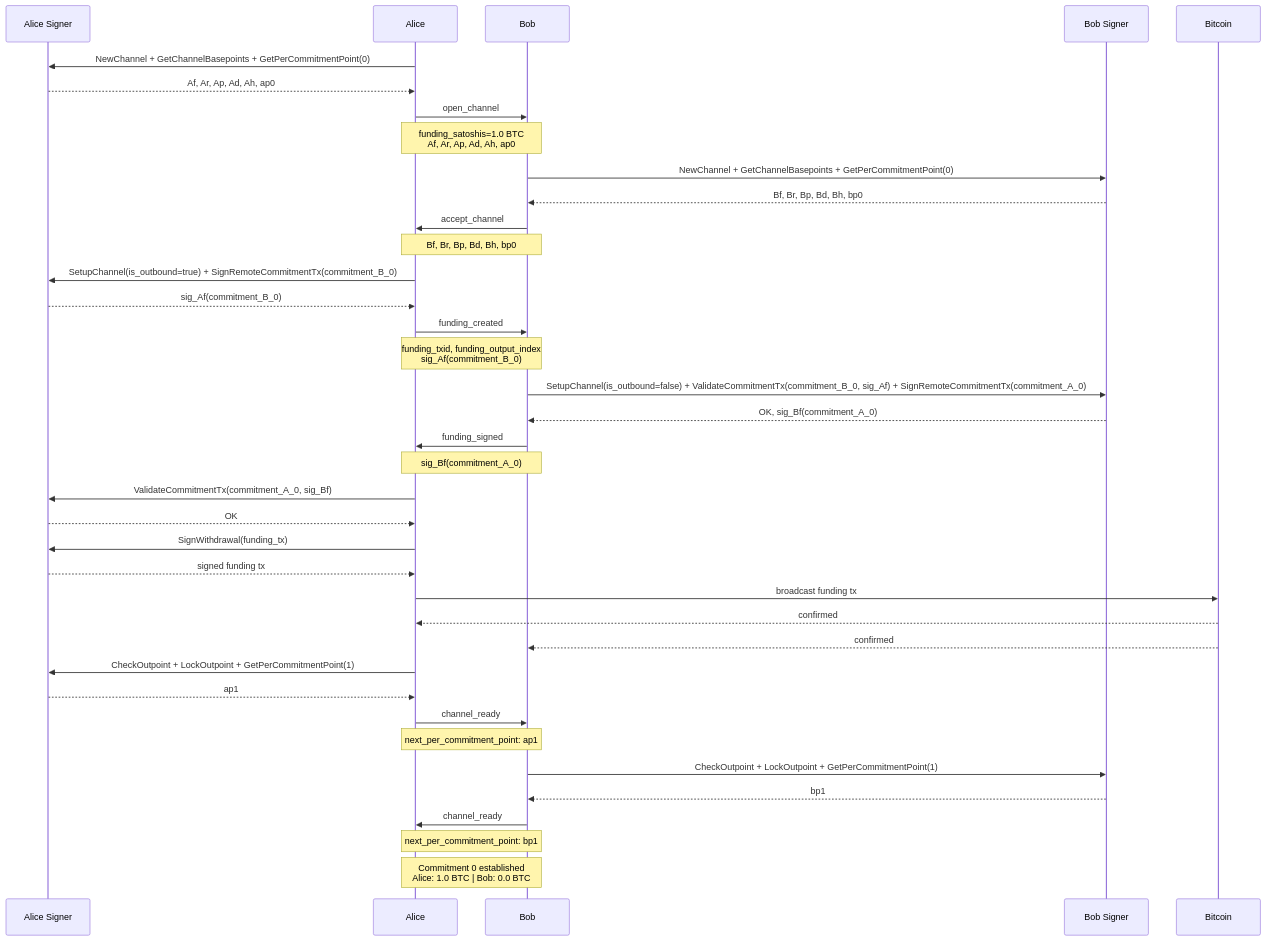
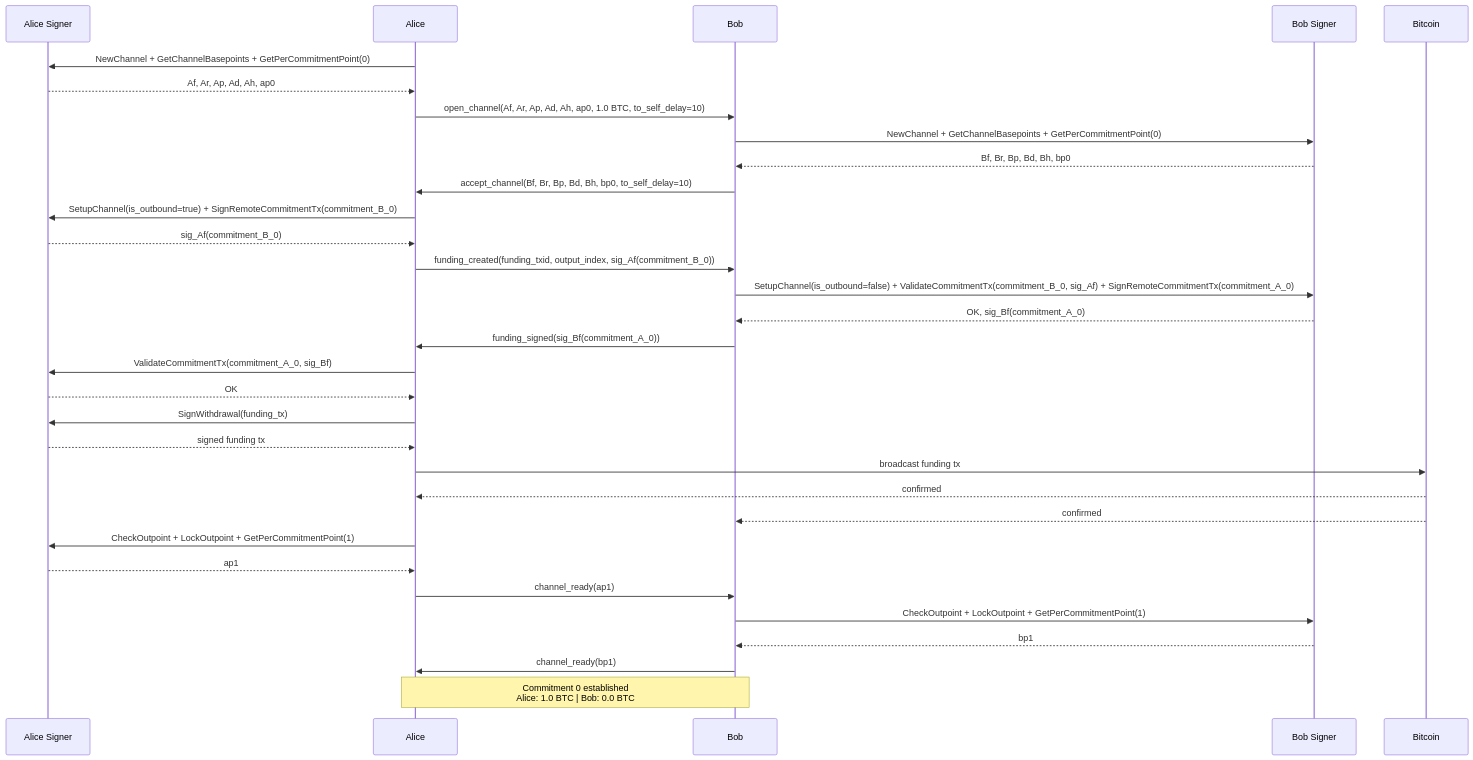
The first of 4 diagrams in future/01-alice-pays-bob.md (dukeh3/vls-arch), drawn with Mermaid before and after one commit. The commit also changed other lines of this file and 4 other files, not shown here.

First line of the commit message:
Add challenges doc, inline params in all diagrams, expand redundancy analysis

````diff
--- a/future/01-alice-pays-bob.md
+++ b/future/01-alice-pays-bob.md
@@ -13,57 +13,51 @@
 ```mermaid
 sequenceDiagram
     participant SignerA as Alice Signer
     participant Alice
     participant Bob
     participant SignerB as Bob Signer
     participant Bitcoin
 
     Alice->>SignerA: NewChannel + GetChannelBasepoints + GetPerCommitmentPoint(0)
     SignerA-->>Alice: Af, Ar, Ap, Ad, Ah, ap0
 
-    Alice->>Bob: open_channel
-    Note over Alice, Bob: funding_satoshis=1.0 BTC<br/>Af, Ar, Ap, Ad, Ah, ap0
+    Alice->>Bob: open_channel(Af, Ar, Ap, Ad, Ah, ap0, 1.0 BTC, to_self_delay=10)
 
     Bob->>SignerB: NewChannel + GetChannelBasepoints + GetPerCommitmentPoint(0)
     SignerB-->>Bob: Bf, Br, Bp, Bd, Bh, bp0
 
-    Bob->>Alice: accept_channel
-    Note over Alice, Bob: Bf, Br, Bp, Bd, Bh, bp0
+    Bob->>Alice: accept_channel(Bf, Br, Bp, Bd, Bh, bp0, to_self_delay=10)
 
     Alice->>SignerA: SetupChannel(is_outbound=true) + SignRemoteCommitmentTx(commitment_B_0)
     SignerA-->>Alice: sig_Af(commitment_B_0)
 
-    Alice->>Bob: funding_created
-    Note over Alice, Bob: funding_txid, funding_output_index<br/>sig_Af(commitment_B_0)
+    Alice->>Bob: funding_created(funding_txid, output_index, sig_Af(commitment_B_0))
 
     Bob->>SignerB: SetupChannel(is_outbound=false) + ValidateCommitmentTx(commitment_B_0, sig_Af) + SignRemoteCommitmentTx(commitment_A_0)
     SignerB-->>Bob: OK, sig_Bf(commitment_A_0)
 
-    Bob->>Alice: funding_signed
-    Note over Alice, Bob: sig_Bf(commitment_A_0)
+    Bob->>Alice: funding_signed(sig_Bf(commitment_A_0))
 
     Alice->>SignerA: ValidateCommitmentTx(commitment_A_0, sig_Bf)
     SignerA-->>Alice: OK
 
     Alice->>SignerA: SignWithdrawal(funding_tx)
     SignerA-->>Alice: signed funding tx
 
     Alice->>Bitcoin: broadcast funding tx
 
     Bitcoin-->>Alice: confirmed
     Bitcoin-->>Bob: confirmed
 
     Alice->>SignerA: CheckOutpoint + LockOutpoint + GetPerCommitmentPoint(1)
     SignerA-->>Alice: ap1
 
-    Alice->>Bob: channel_ready
-    Note over Alice, Bob: next_per_commitment_point: ap1
+    Alice->>Bob: channel_ready(ap1)
 
     Bob->>SignerB: CheckOutpoint + LockOutpoint + GetPerCommitmentPoint(1)
     SignerB-->>Bob: bp1
 
-    Bob->>Alice: channel_ready
-    Note over Alice, Bob: next_per_commitment_point: bp1
+    Bob->>Alice: channel_ready(bp1)
 
     Note over Alice, Bob: Commitment 0 established<br/>Alice: 1.0 BTC | Bob: 0.0 BTC
 ```
````
